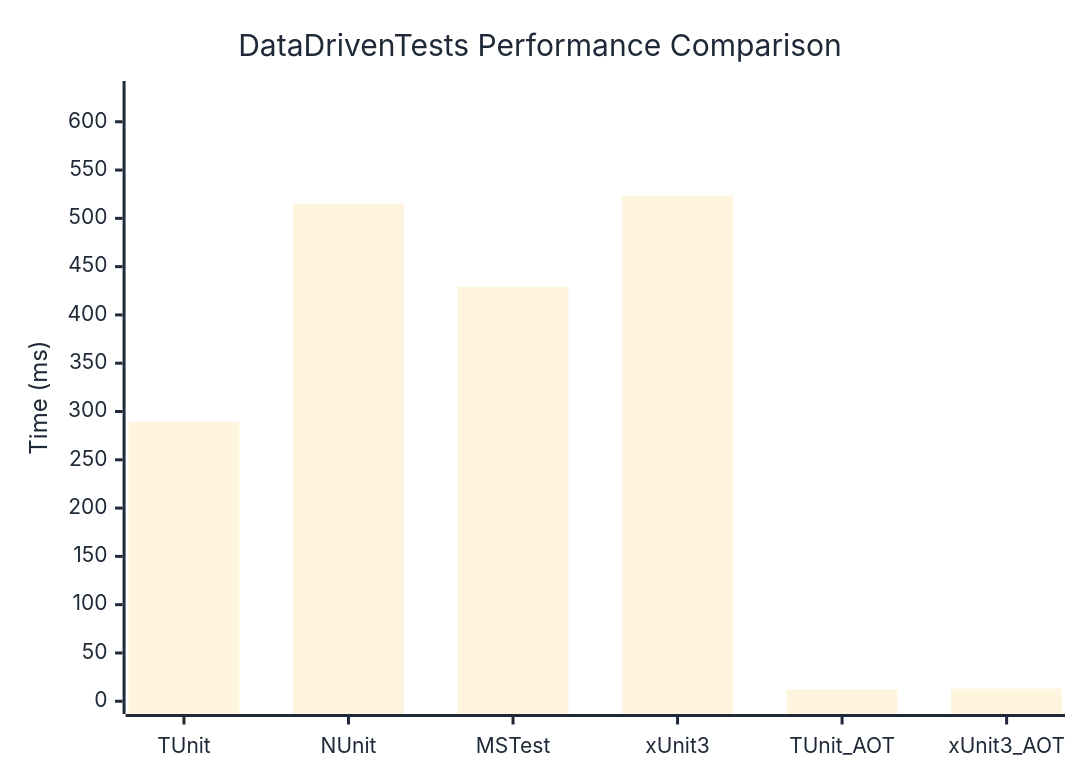
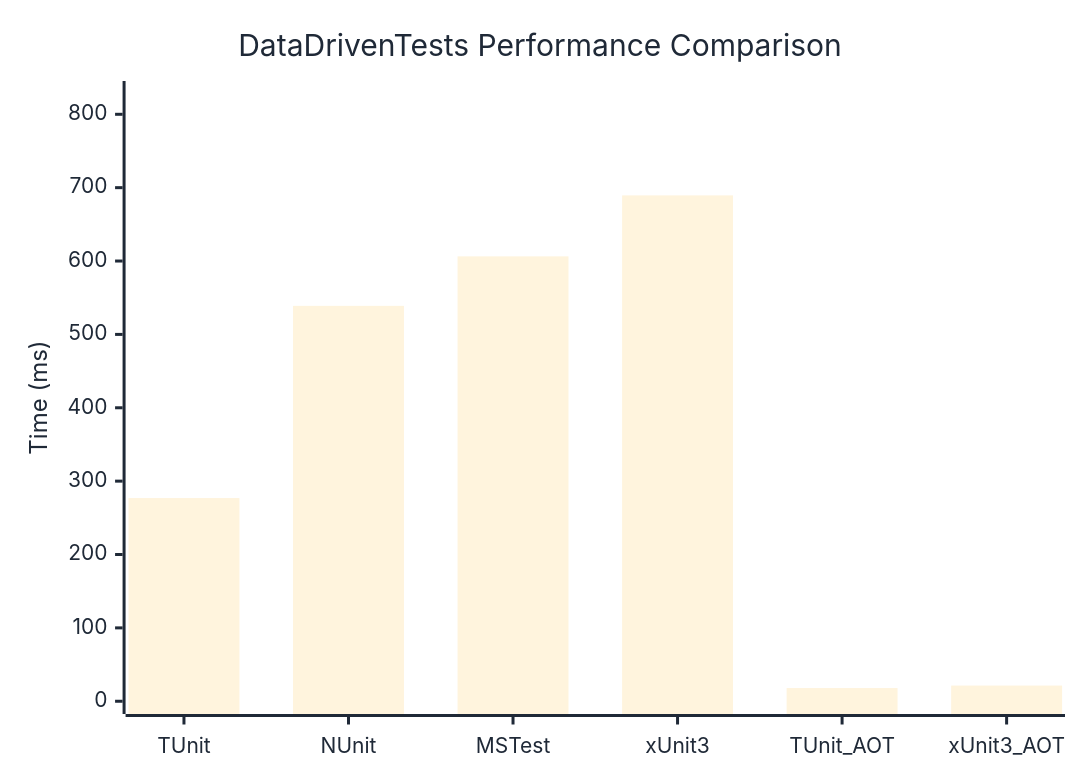
Before and after one commit to thomhurst/TUnit: the diagram in docs/docs/benchmarks/engine/DataDrivenTests.md, drawn with Mermaid. The commit also changed other lines of this file and 18 other files, not shown here.

````diff
--- a/docs/docs/benchmarks/engine/DataDrivenTests.md
+++ b/docs/docs/benchmarks/engine/DataDrivenTests.md
@@ -30,37 +30,37 @@
 ```mermaid
 %%{init: {
   'theme':'base',
   'themeVariables': {
     'primaryColor': '#2563eb',
     'primaryTextColor': '#1f2937',
     'primaryBorderColor': '#1e40af',
     'lineColor': '#6b7280',
     'secondaryColor': '#7c3aed',
     'tertiaryColor': '#dc2626',
     'background': '#ffffff',
     'mainBkg': '#2563eb',
     'secondBkg': '#7c3aed',
     'tertiaryBkg': '#dc2626',
     'clusterBkg': '#f3f4f6',
     'edgeLabelBackground': '#ffffff',
     'tertiaryTextColor': '#1f2937',
     'pie1': '#2563eb',
     'pie2': '#7c3aed',
     'pie3': '#dc2626',
     'pie4': '#f59e0b',
     'pie5': '#10b981',
     'pie6': '#06b6d4',
     'pie7': '#ec4899',
     'pie8': '#6366f1',
     'pie9': '#84cc16',
     'pie10': '#f97316',
     'pie11': '#14b8a6',
     'pie12': '#a855f7'
   }
 }}%%
 xychart-beta
   title "DataDrivenTests Performance Comparison"
   x-axis ["TUnit", "NUnit", "MSTest", "xUnit3", "TUnit_AOT", "xUnit3_AOT"]
-  y-axis "Time (ms)" 0 --> 629
-  bar [289.25, 515.18, 429.04, 523.52, 11.94, 13.09]
+  y-axis "Time (ms)" 0 --> 828
+  bar [276.95, 538.91, 606.38, 689.46, 17.99, 21.38]
 ```
````
